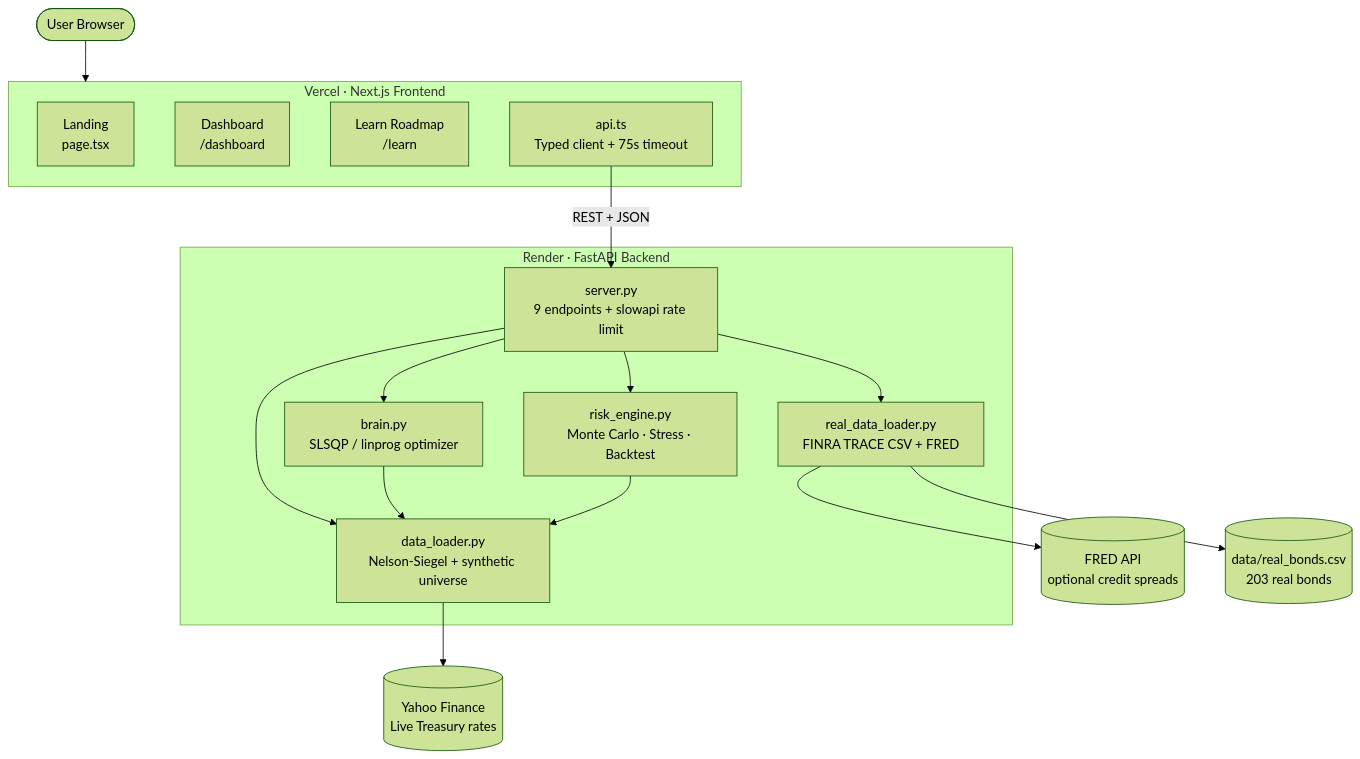
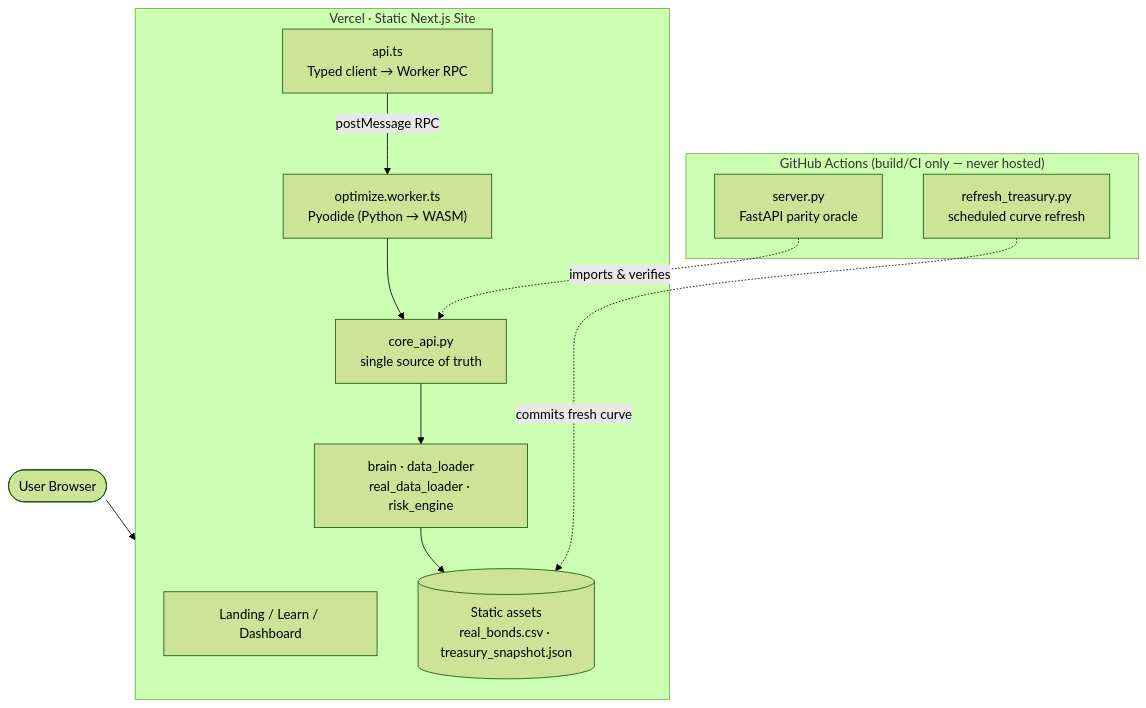
The diagram in README.md (sparsh-j01/opti-market), drawn with Mermaid (forest theme) before and after one commit. The commit also changed other lines of this file and 37 other files, not shown here.

First line of the commit message:
feat: serverless ($0) architecture — in-browser Pyodide compute

````diff
--- a/README.md
+++ b/README.md
@@ -77,35 +89,26 @@
 ```mermaid
 flowchart TB
     User([User Browser])
 
-    subgraph Vercel["Vercel · Next.js Frontend"]
-        Landing["Landing<br/>page.tsx"]
-        Dashboard["Dashboard<br/>/dashboard"]
-        Learn["Learn Roadmap<br/>/learn"]
-        APIClient["api.ts<br/>Typed client + 75s timeout"]
+    subgraph Vercel["Vercel · Static Next.js Site"]
+        Landing["Landing / Learn / Dashboard"]
+        APIClient["api.ts<br/>Typed client → Worker RPC"]
+        Worker["optimize.worker.ts<br/>Pyodide (Python → WASM)"]
+        Core["core_api.py<br/>single source of truth"]
+        Modules["brain · data_loader<br/>real_data_loader · risk_engine"]
+        Assets[("Static assets<br/>real_bonds.csv · treasury_snapshot.json")]
     end
 
-    subgraph Render["Render · FastAPI Backend"]
-        Server["server.py<br/>9 endpoints + slowapi rate limit"]
-        Brain["brain.py<br/>SLSQP / linprog optimizer"]
-        DataLoader["data_loader.py<br/>Nelson-Siegel + synthetic universe"]
-        RealData["real_data_loader.py<br/>FINRA TRACE CSV + FRED"]
-        Risk["risk_engine.py<br/>Monte Carlo · Stress · Backtest"]
+    subgraph CI["GitHub Actions (build/CI only — never hosted)"]
+        Oracle["server.py<br/>FastAPI parity oracle"]
+        Refresh["refresh_treasury.py<br/>scheduled curve refresh"]
     end
 
-    YFinance[("Yahoo Finance<br/>Live Treasury rates")]
-    FRED[("FRED API<br/>optional credit spreads")]
-    CSV[("data/real_bonds.csv<br/>203 real bonds")]
-
     User --> Vercel
-    APIClient -->|REST + JSON| Server
-    Server --> Brain
-    Server --> DataLoader
-    Server --> RealData
-    Server --> Risk
-    Brain --> DataLoader
-    Risk --> DataLoader
-    DataLoader --> YFinance
-    RealData --> FRED
-    RealData --> CSV
+    APIClient -->|postMessage RPC| Worker
+    Worker --> Core
+    Core --> Modules
+    Modules --> Assets
+    Refresh -.commits fresh curve.-> Assets
+    Oracle -.imports & verifies.-> Core
 ```
````
